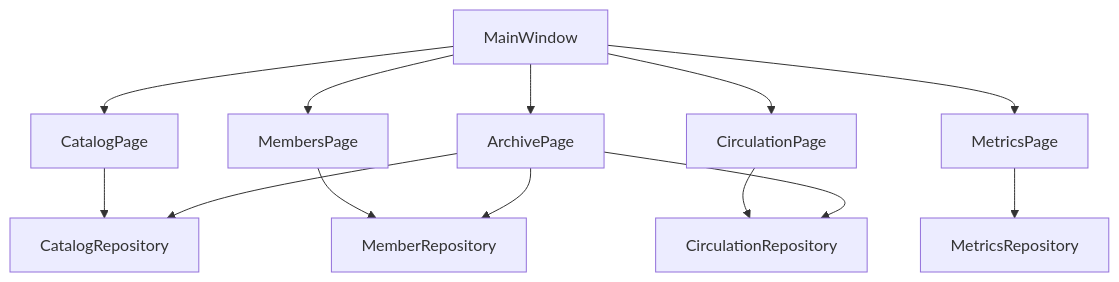
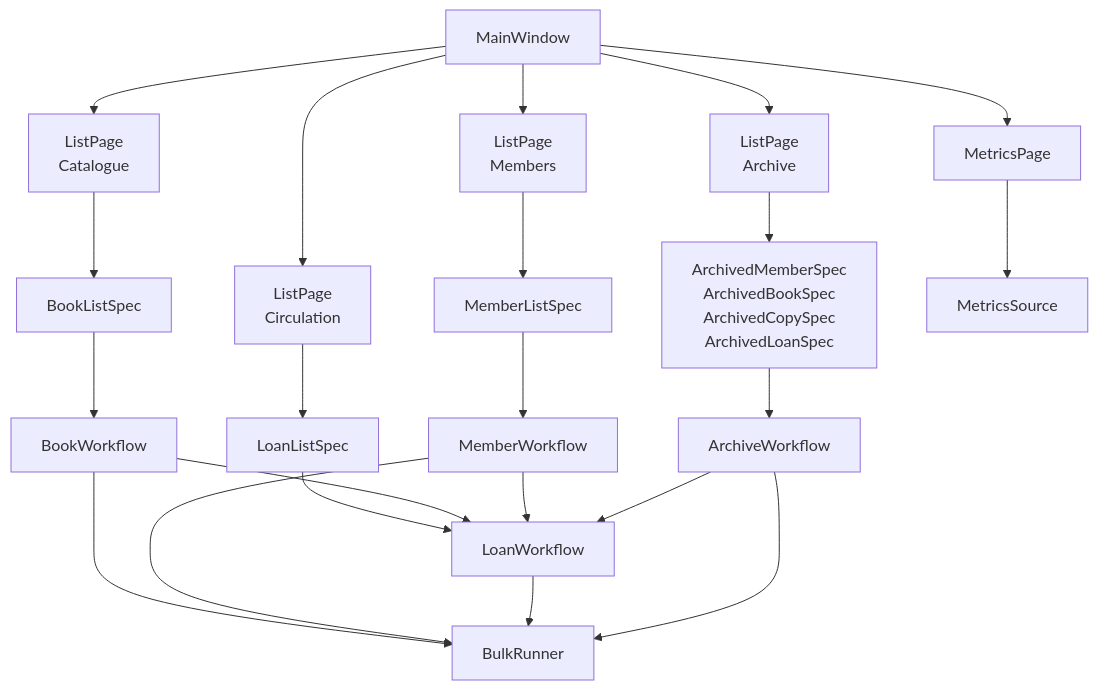
Before and after one commit to medaminben/VLMS: the fifth of 28 diagrams in docs/architecture/beta-uml.md, drawn with Mermaid. The commit also changed other lines of this file, not shown here.

First line of the commit message:
Refresh the Beta UML for the frontend redesign.

````diff
--- a/docs/architecture/beta-uml.md
+++ b/docs/architecture/beta-uml.md
@@ -111,16 +126,25 @@
 ```mermaid
 flowchart TD
     MW[MainWindow]
-    MW --> CP[CatalogPage]
-    MW --> MP[MembersPage]
-    MW --> LP[CirculationPage]
-    MW --> AP[ArchivePage]
+    MW --> CP[ListPage<br/>Catalogue]
+    MW --> MP[ListPage<br/>Members]
+    MW --> LP[ListPage<br/>Circulation]
+    MW --> AP[ListPage<br/>Archive]
     MW --> XP[MetricsPage]
-    CP --> Cat[CatalogRepository]
-    MP --> Mem[MemberRepository]
-    LP --> Cir[CirculationRepository]
-    AP --> Cat
-    AP --> Mem
-    AP --> Cir
-    XP --> Met[MetricsRepository]
+    CP --> BLS[BookListSpec]
+    MP --> MLS[MemberListSpec]
+    LP --> LLS[LoanListSpec]
+    AP --> AS[ArchivedMemberSpec<br/>ArchivedBookSpec<br/>ArchivedCopySpec<br/>ArchivedLoanSpec]
+    XP --> MS[MetricsSource]
+    BLS --> BW[BookWorkflow]
+    MLS --> MWf[MemberWorkflow]
+    LLS --> LW[LoanWorkflow]
+    AS --> AW[ArchiveWorkflow]
+    BW --> LW
+    MWf --> LW
+    AW --> LW
+    BW --> BR[BulkRunner]
+    MWf --> BR
+    LW --> BR
+    AW --> BR
 ```
````
